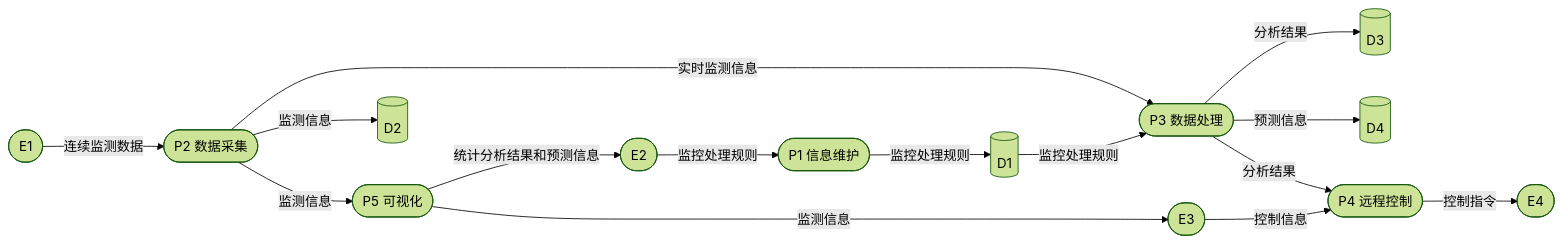
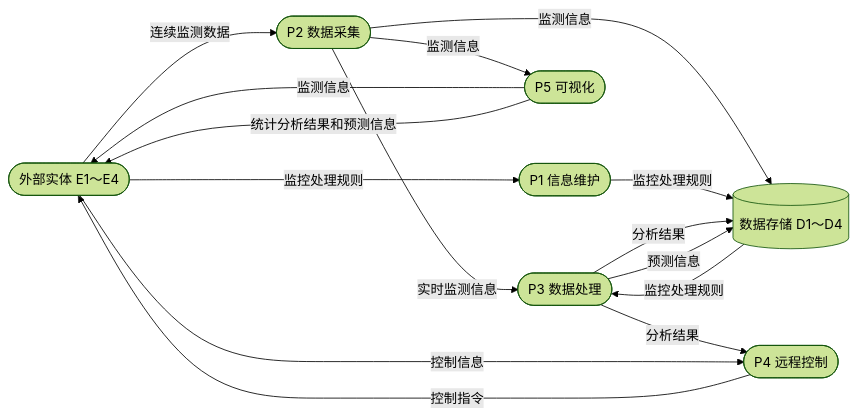
One commit to LBStruggleee/RuanKao changed the second of 4 diagrams in docs/practice/subject2/dfd-uml-exercises.md. Above: the diagram before and after it, drawn with Mermaid (forest theme). The commit also changed other lines of this file and 2 other files, not shown here.

Commit message:
day-27: DFD与UML答题模板notes + 修复图形复原的答案泄露（E/D编号脱敏）

````diff
--- a/docs/practice/subject2/dfd-uml-exercises.md
+++ b/docs/practice/subject2/dfd-uml-exercises.md
@@ -282,17 +309,19 @@
 ```mermaid
 flowchart LR
-    E1([E1]) -->|连续监测数据| P2([P2 数据采集])
+    EXT([外部实体 E1～E4])
+    DST[(数据存储 D1～D4)]
+    EXT -->|连续监测数据| P2([P2 数据采集])
     P2 -->|实时监测信息| P3([P3 数据处理])
     P2 -->|监测信息| P5([P5 可视化])
-    P2 -->|监测信息| D2[("D2")]
-    E2([E2]) -->|监控处理规则| P1([P1 信息维护])
-    P1 -->|监控处理规则| D1[("D1")]
-    D1 -->|监控处理规则| P3
-    P3 -->|分析结果| D3[("D3")]
-    P3 -->|预测信息| D4[("D4")]
+    P2 -->|监测信息| DST
+    EXT -->|监控处理规则| P1([P1 信息维护])
+    P1 -->|监控处理规则| DST
+    DST -->|监控处理规则| P3
+    P3 -->|分析结果| DST
+    P3 -->|预测信息| DST
     P3 -->|分析结果| P4([P4 远程控制])
-    E3([E3]) -->|控制信息| P4
-    P4 -->|控制指令| E4([E4])
-    P5 -->|监测信息| E3
-    P5 -->|统计分析结果和预测信息| E2
+    EXT -->|控制信息| P4
+    P4 -->|控制指令| EXT
+    P5 -->|监测信息| EXT
+    P5 -->|统计分析结果和预测信息| EXT
 ```
````
